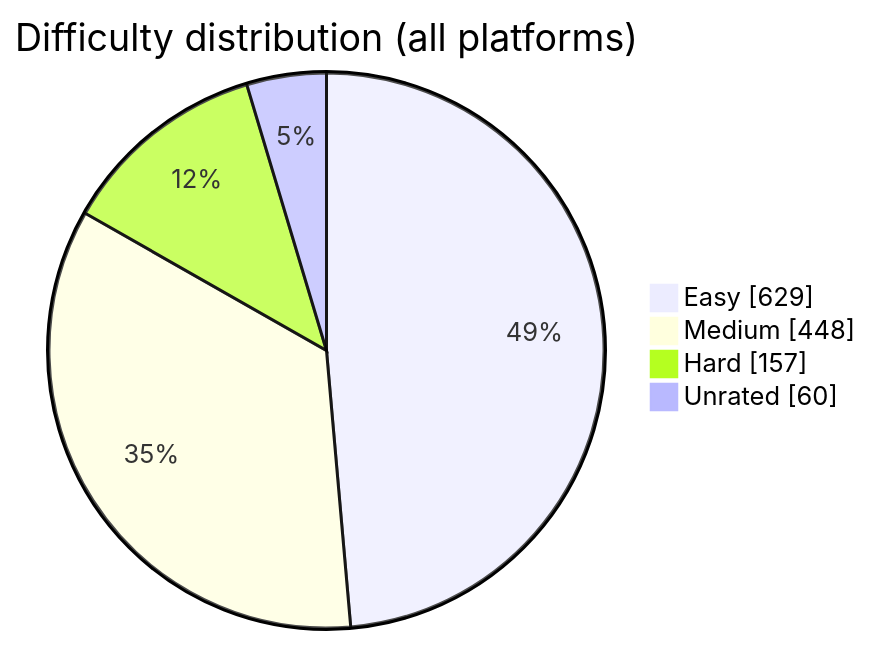
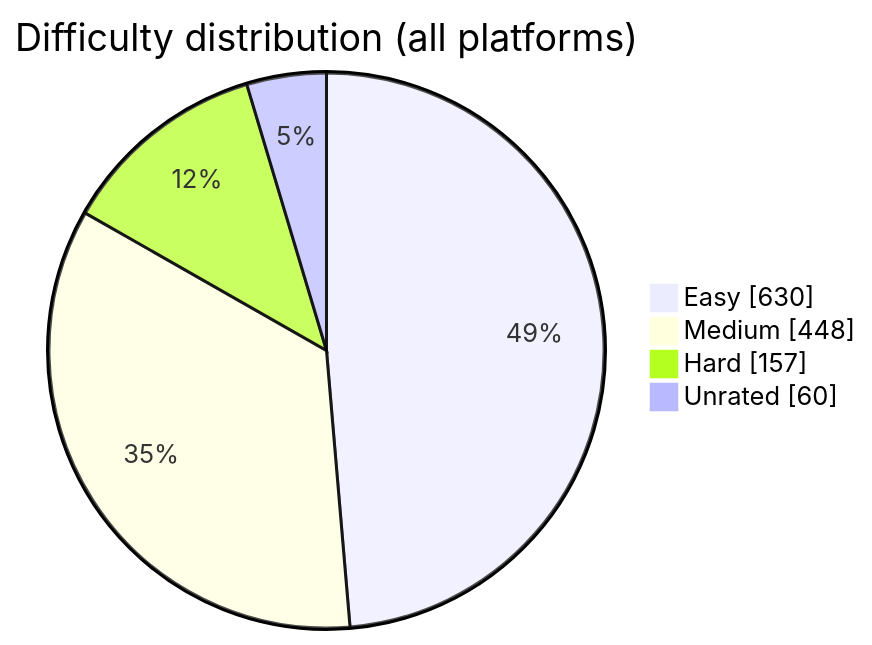
Before and after one commit to BuildbyArindam/Daily-Coding-Log: the diagram in README.md, drawn with Mermaid. The commit also changed other lines of this file, not shown here.

````diff
--- a/README.md
+++ b/README.md
@@ -93,7 +93,7 @@
 ```mermaid
 pie showData title Difficulty distribution (all platforms)
-    "Easy" : 629
+    "Easy" : 630
     "Medium" : 448
     "Hard" : 157
     "Unrated" : 60
 ```
````
